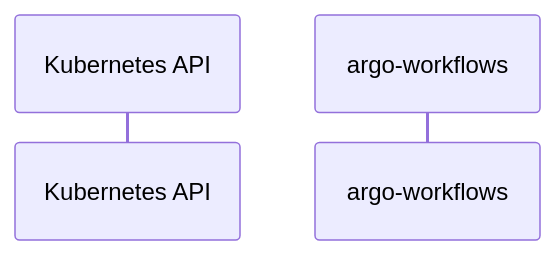
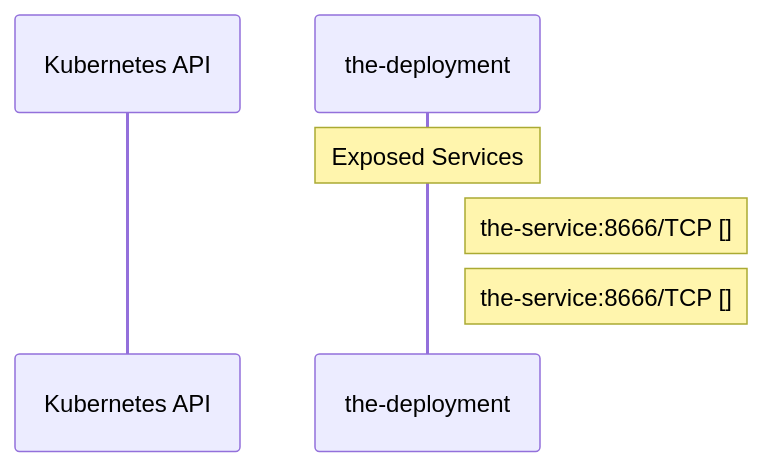
One commit to ugiordan/rhoai-architecture-analyzer changed the diagram in site/docs/use-cases/odh-platform/components/argo_workflows/dataflow.md. Above: the diagram before and after it, drawn with Mermaid. The commit also changed other lines of this file and 402 other files, not shown here.

````diff
--- a/site/docs/use-cases/odh-platform/components/argo_workflows/dataflow.md
+++ b/site/docs/use-cases/odh-platform/components/argo_workflows/dataflow.md
@@ -13,7 +13,12 @@
 ```mermaid
 sequenceDiagram
     %% Static dataflow for argo-workflows
 
     participant KubernetesAPI as Kubernetes API
-    participant argo_workflows as argo-workflows
+    participant the_deployment as the-deployment
+
+
+    Note over the_deployment: Exposed Services
+    Note right of the_deployment: the-service:8666/TCP []
+    Note right of the_deployment: the-service:8666/TCP []
 ```
````
